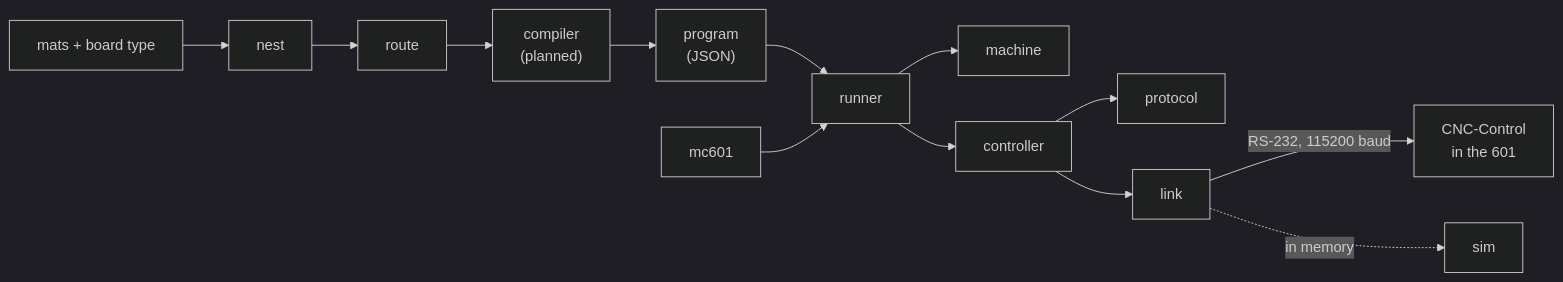
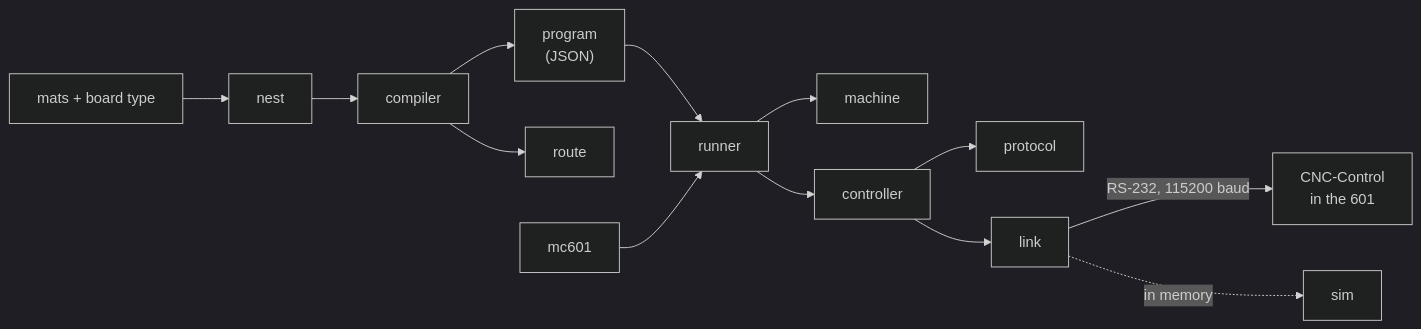
Before and after one commit to imranolas/601rs-controller-driver: the diagram in README.md, drawn with Mermaid (dark theme). The commit also changed other lines of this file and 84 other files, not shown here.

````diff
--- a/README.md
+++ b/README.md
@@ -58,12 +66,13 @@
 ```mermaid
 flowchart LR
-    mats["mats + board type"] --> nestc["nest"] --> routec["route"] --> comp["compiler<br/>(planned)"] --> prog["program<br/>(JSON)"]
+    mats["mats + board type"] --> nestc["nest"] --> comp["compiler"] --> prog["program<br/>(JSON)"]
+    comp --> routec["route"]
     prog --> run["runner"]
     cli["mc601"] --> run
     run --> mach["machine"]
     run --> ctrl["controller"]
     ctrl --> proto["protocol"]
     ctrl --> lnk["link"]
     lnk -- "RS-232, 115200 baud" --> unit["CNC-Control<br/>in the 601"]
     lnk -. "in memory" .-> simc["sim"]
 ```
````
